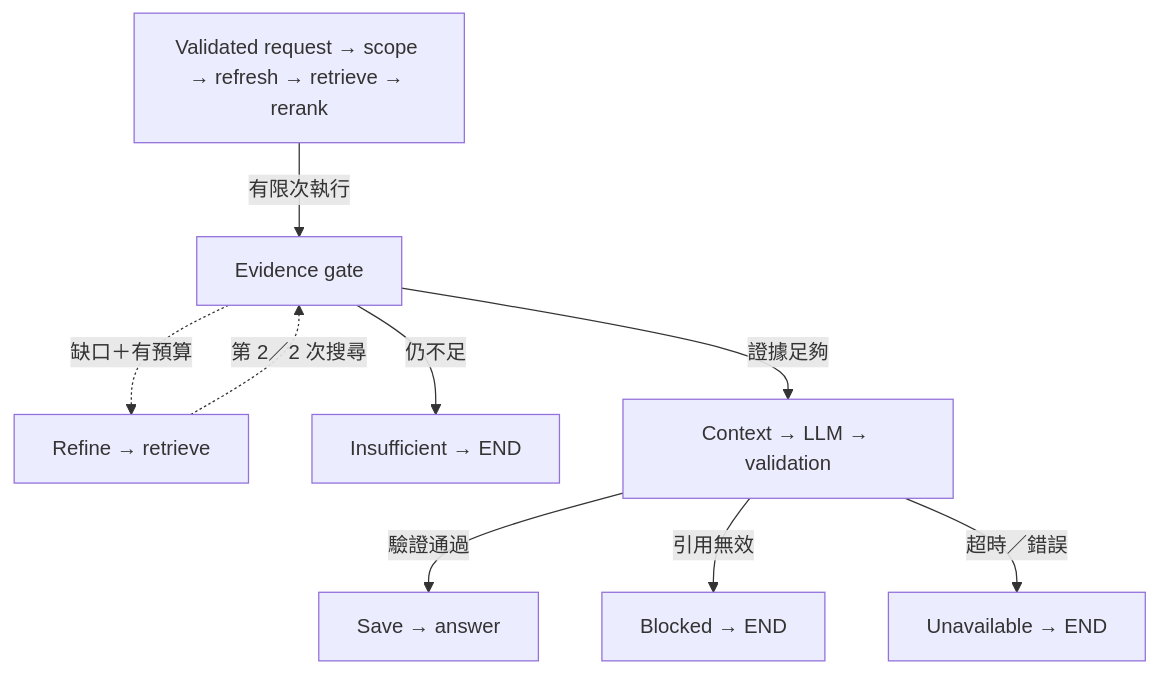
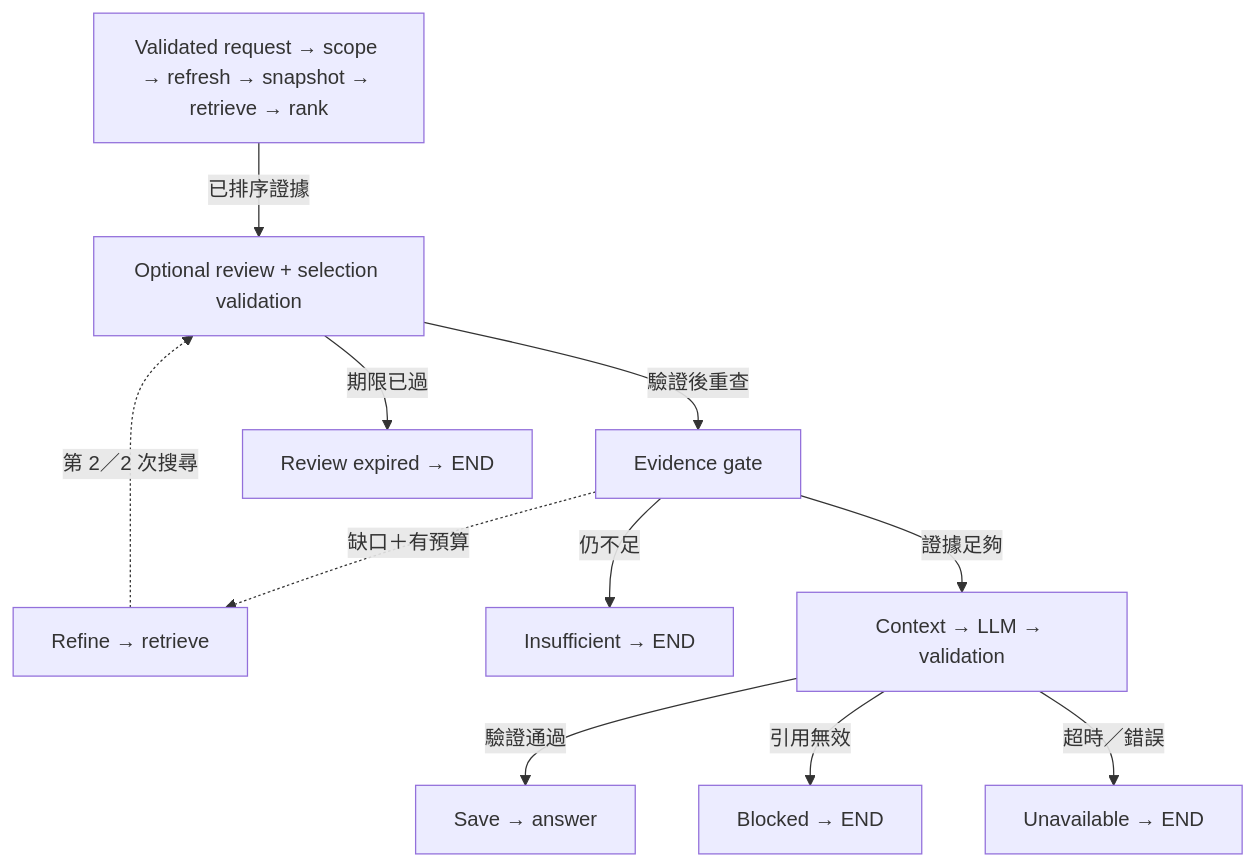
The diagram in public/downloads/finance-diagrams/research-zh.mmd (ByronHo68/ai-learning-academy), drawn with Mermaid before and after one commit. The commit also changed 64 other files, not shown here.

Commit message:
Add optional evidence review to stock research workflow and guide

```diff
--- a/public/downloads/finance-diagrams/research-zh.mmd
+++ b/public/downloads/finance-diagrams/research-zh.mmd
@@ -1,17 +1,21 @@
 flowchart TD
-  n0["Validated request → scope → refresh → retrieve → rerank"]
-  n1["Evidence gate"]
-  n2["Refine → retrieve"]
-  n3["Insufficient → END"]
-  n4["Context → LLM → validation"]
-  n5["Save → answer"]
-  n6["Blocked → END"]
-  n7["Unavailable → END"]
-  n0 -- "有限次執行" --> n1
-  n1 -. "缺口＋有預算" .-> n2
-  n2 -. "第 2／2 次搜尋" .-> n1
-  n1 -- "仍不足" --> n3
-  n1 -- "證據足夠" --> n4
-  n4 -- "驗證通過" --> n5
-  n4 -- "引用無效" --> n6
-  n4 -- "超時／錯誤" --> n7
+  n0["Validated request → scope → refresh → snapshot → retrieve → rank"]
+  n1["Optional review + selection validation"]
+  n2["Evidence gate"]
+  n3["Review expired → END"]
+  n4["Refine → retrieve"]
+  n5["Insufficient → END"]
+  n6["Context → LLM → validation"]
+  n7["Save → answer"]
+  n8["Blocked → END"]
+  n9["Unavailable → END"]
+  n0 -- "已排序證據" --> n1
+  n1 -- "驗證後重查" --> n2
+  n1 -- "期限已過" --> n3
+  n2 -. "缺口＋有預算" .-> n4
+  n4 -. "第 2／2 次搜尋" .-> n1
+  n2 -- "仍不足" --> n5
+  n2 -- "證據足夠" --> n6
+  n6 -- "驗證通過" --> n7
+  n6 -- "引用無效" --> n8
+  n6 -- "超時／錯誤" --> n9
```
